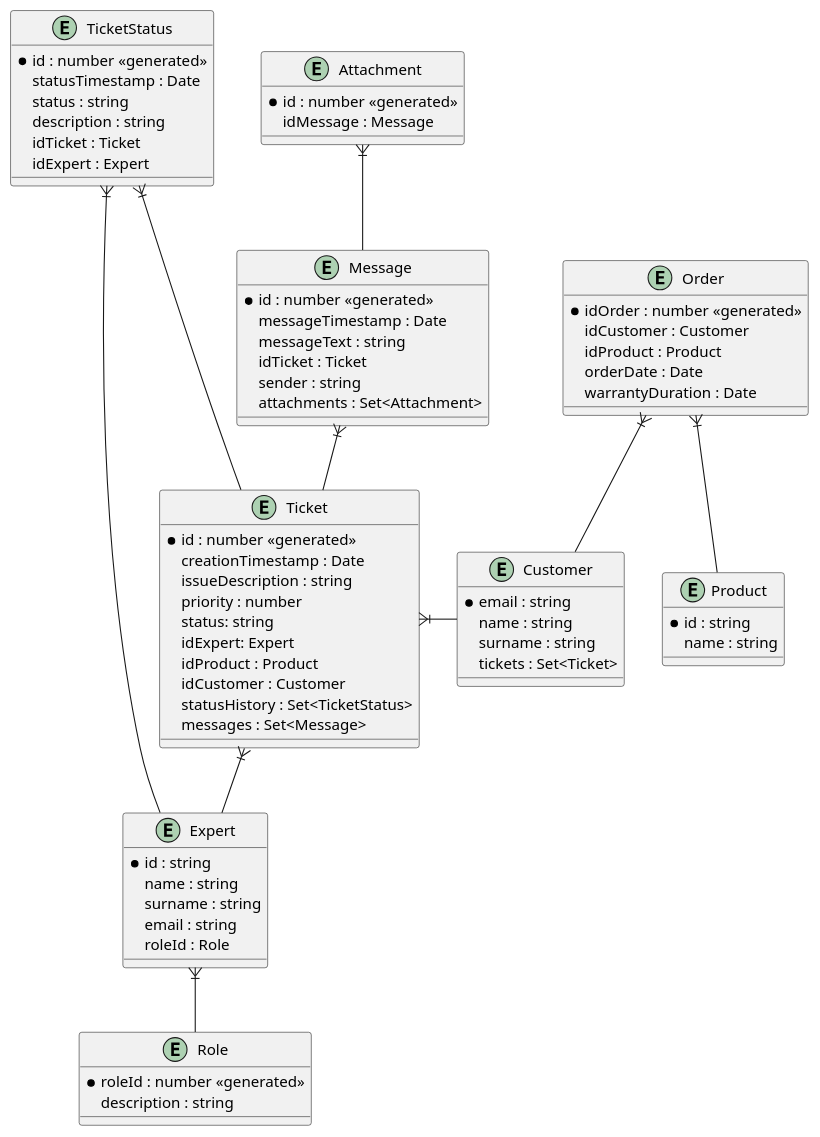
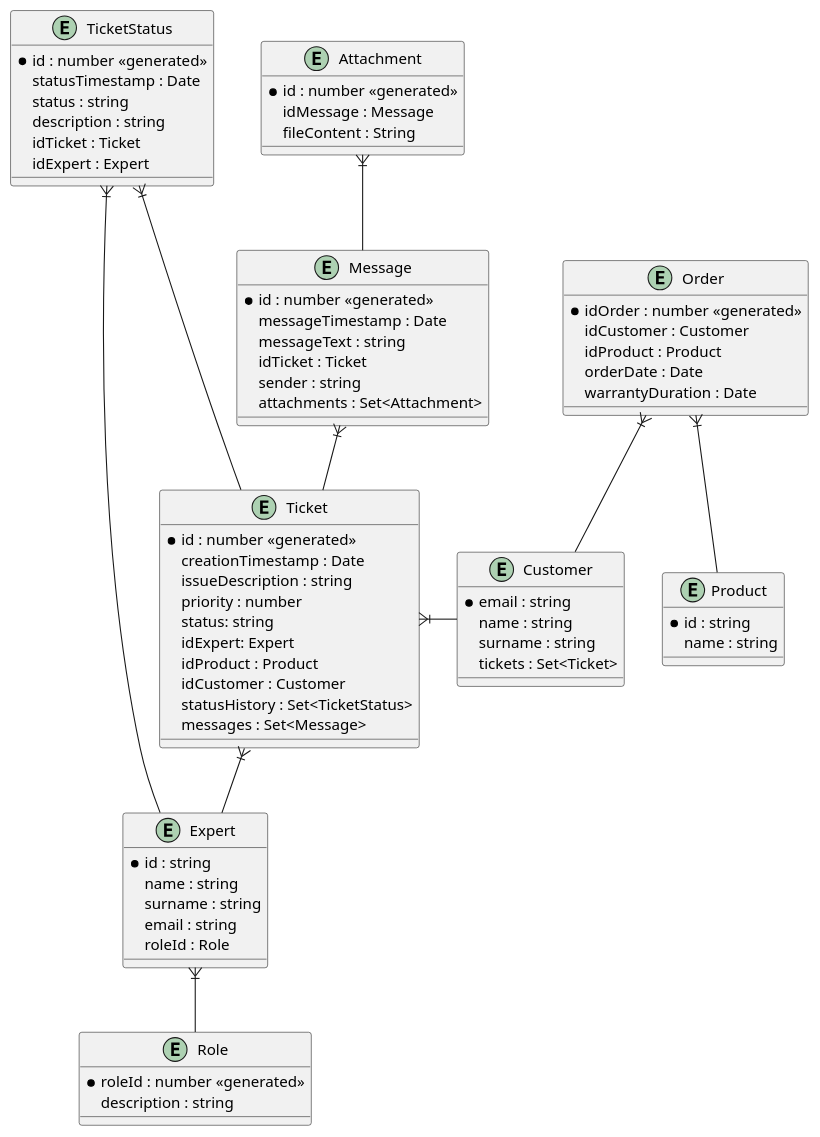
Before and after one commit to robsanity/CustomerCareService: the diagram in docs/schema.md, drawn with PlantUML. The commit also changed 22 other files, not shown here.

```diff
--- a/docs/schema.md
+++ b/docs/schema.md
@@ -67,6 +67,7 @@
 entity Attachment {
     *id : number <<generated>>
     idMessage : Message
+    fileContent : String
 }
 
 Ticket }|- Customer
```
